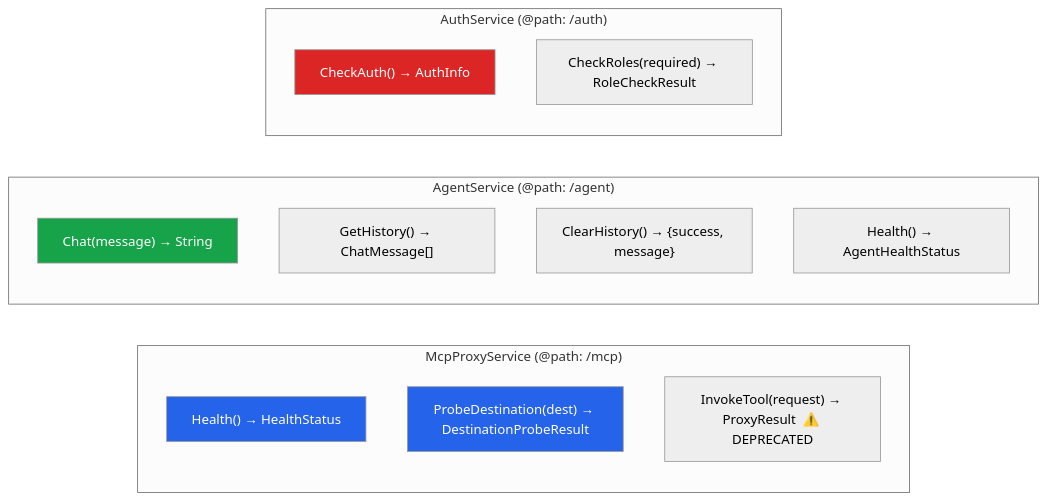
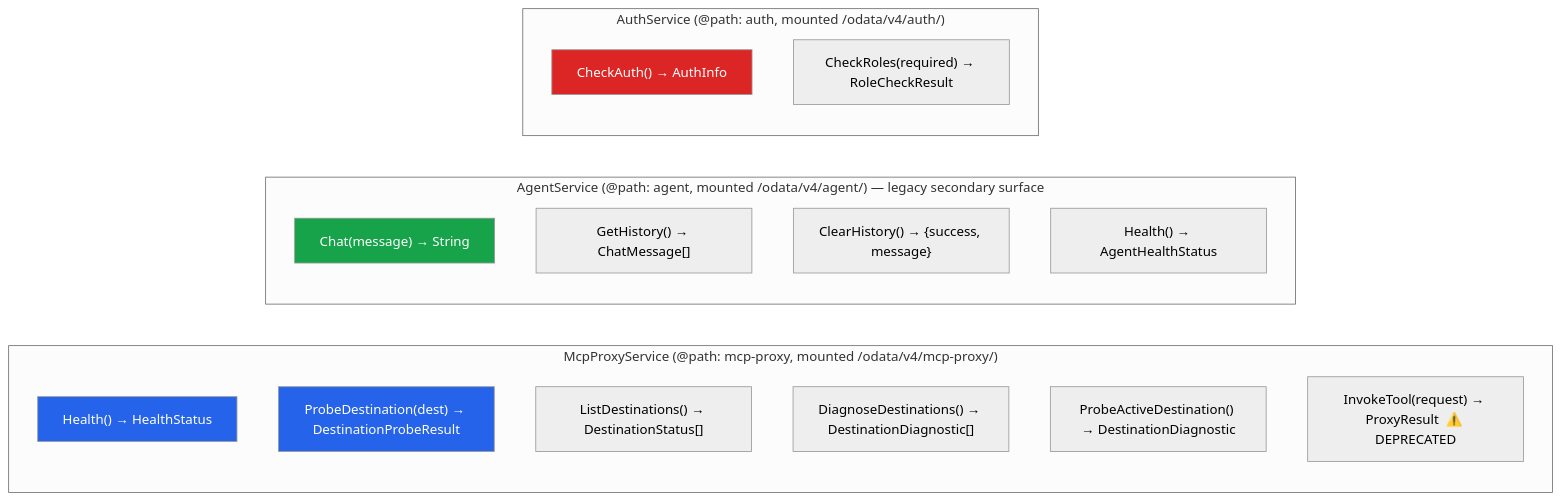
One commit to fr0ster/cloud-llm-hub changed diagram 18 of 24 in docs/architecture/ARCHITECTURE.md. Above: the diagram before and after it, drawn with Mermaid (neutral theme). The commit also changed other lines of this file, not shown here.

First line of the commit message:
docs(architecture): correct stale agent-surface / file-layout / ToC to current reality (PR-186)

````diff
--- a/docs/architecture/ARCHITECTURE.md
+++ b/docs/architecture/ARCHITECTURE.md
@@ -821,25 +991,28 @@
 ```mermaid
 graph LR
-    subgraph "McpProxyService (@path: /mcp)"
+    subgraph "McpProxyService (@path: mcp-proxy, mounted /odata/v4/mcp-proxy/)"
         MH["Health() → HealthStatus"]
         MPD["ProbeDestination(dest) → DestinationProbeResult"]
+        MLD["ListDestinations() → DestinationStatus[]"]
+        MDD["DiagnoseDestinations() → DestinationDiagnostic[]"]
+        MPA["ProbeActiveDestination() → DestinationDiagnostic"]
         MIT["InvokeTool(request) → ProxyResult  ⚠️ DEPRECATED"]
     end
 
-    subgraph "AgentService (@path: /agent)"
+    subgraph "AgentService (@path: agent, mounted /odata/v4/agent/) — legacy secondary surface"
         AC["Chat(message) → String"]
         AGH["GetHistory() → ChatMessage[]"]
         ACH["ClearHistory() → {success, message}"]
         AAH["Health() → AgentHealthStatus"]
     end
 
-    subgraph "AuthService (@path: /auth)"
+    subgraph "AuthService (@path: auth, mounted /odata/v4/auth/)"
         ACA["CheckAuth() → AuthInfo"]
         ACR["CheckRoles(required) → RoleCheckResult"]
     end
 
     style MH fill:#2563eb,color:#fff
     style MPD fill:#2563eb,color:#fff
     style AC fill:#16a34a,color:#fff
     style ACA fill:#dc2626,color:#fff
 ```
````
